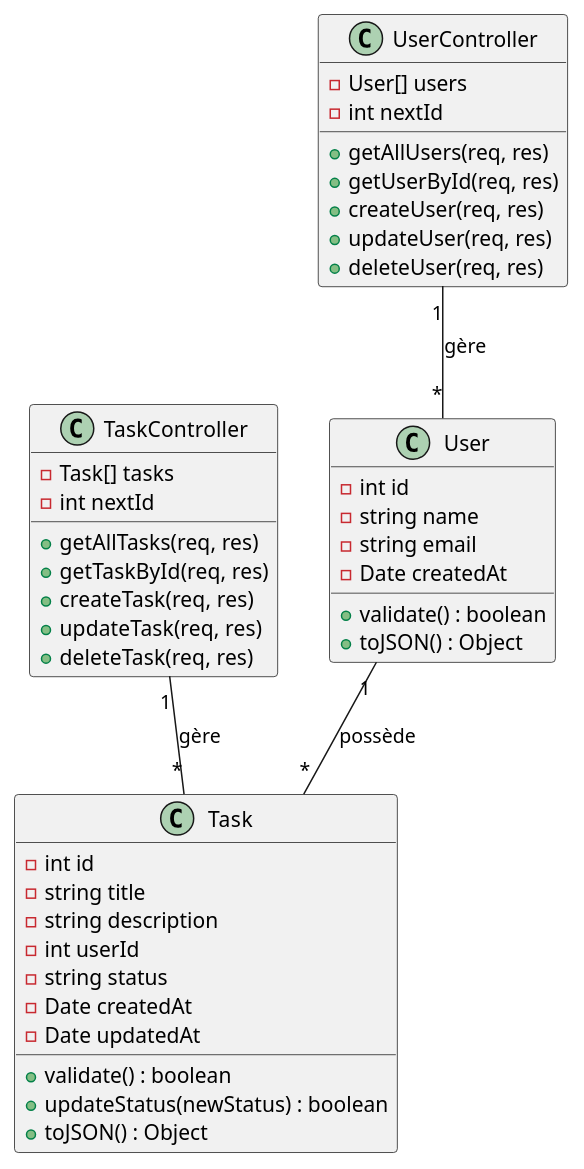
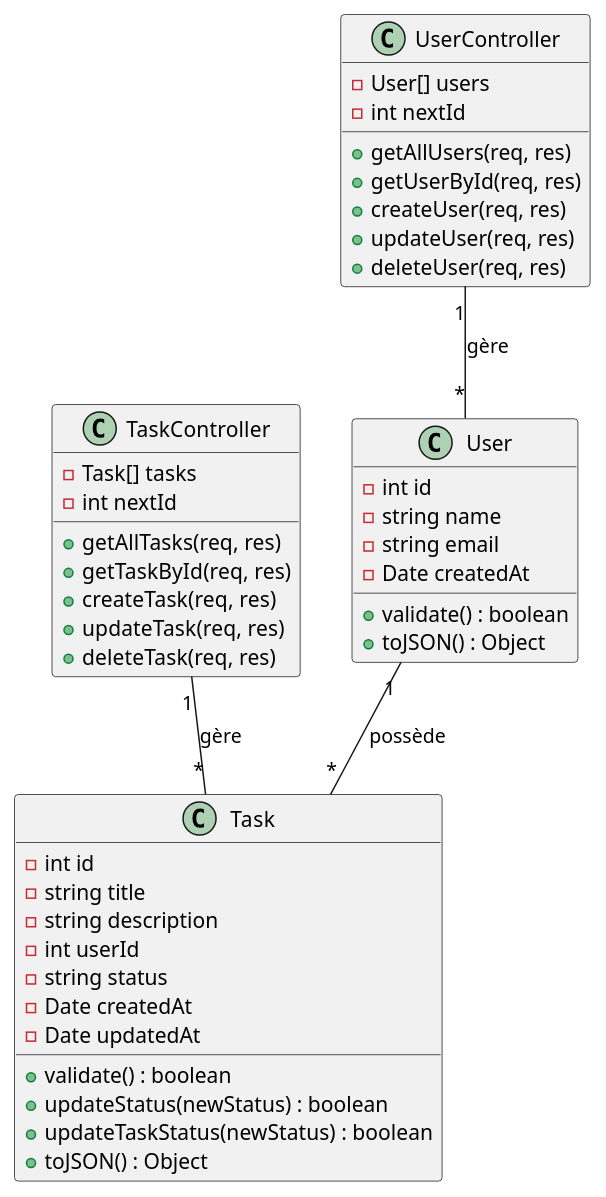
Before and after one commit to malek0501/DoneProject: the diagram in diagramme/classes.puml, drawn with PlantUML. The commit also changed 6 other files, not shown here.

```diff
--- a/diagramme/classes.puml
+++ b/diagramme/classes.puml
@@ -1,47 +1,48 @@
 @startuml
 class User {
     -int id
     -string name
     -string email
     -Date createdAt
     +validate() : boolean
     +toJSON() : Object
 }
 
 class Task {
     -int id
     -string title
     -string description
     -int userId
     -string status
     -Date createdAt
     -Date updatedAt
     +validate() : boolean
     +updateStatus(newStatus) : boolean
+    +updateTaskStatus(newStatus) : boolean
     +toJSON() : Object
 }
 
 class UserController {
     -User[] users
     -int nextId
     +getAllUsers(req, res)
     +getUserById(req, res)
     +createUser(req, res)
     +updateUser(req, res)
     +deleteUser(req, res)
 }
 
 class TaskController {
     -Task[] tasks
     -int nextId
     +getAllTasks(req, res)
     +getTaskById(req, res)
     +createTask(req, res)
     +updateTask(req, res)
     +deleteTask(req, res)
 }
 
 User "1" -- "*" Task : possède
 UserController "1" -- "*" User : gère
 TaskController "1" -- "*" Task : gère
 @enduml
```
